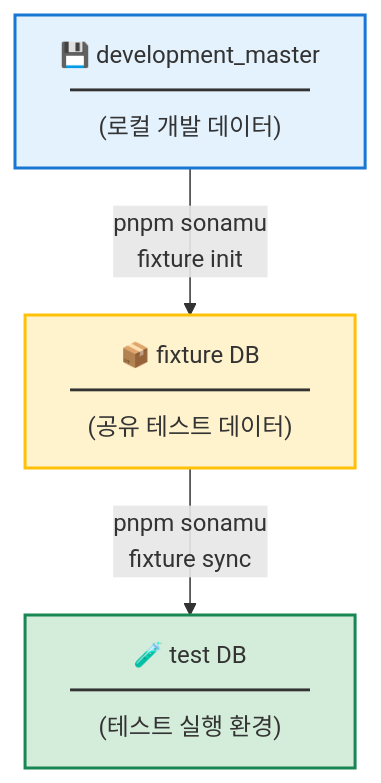
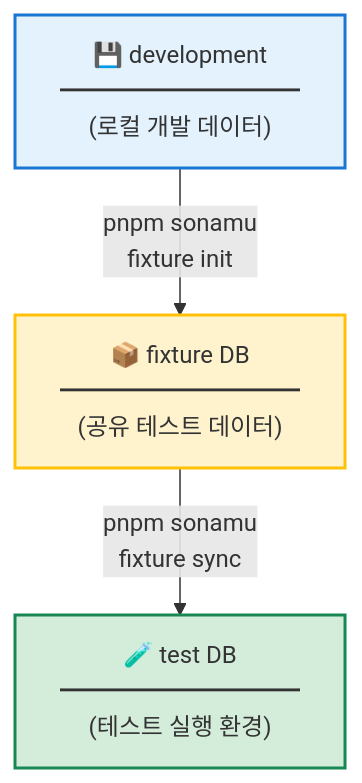
The diagram in modules/docs/ko/testing/fixtures/test-database.mdx (cartanova-ai/sonamu), drawn with Mermaid before and after one commit. The commit also changed other lines of this file and 17 other files, not shown here.

````diff
--- a/modules/docs/ko/testing/fixtures/test-database.mdx
+++ b/modules/docs/ko/testing/fixtures/test-database.mdx
@@ -29,13 +29,13 @@
 ```mermaid
 flowchart TD
-    D["💾 development_master<br/>━━━━━━━━━━<br/>(로컬 개발 데이터)"]
+    D["💾 development<br/>━━━━━━━━━━<br/>(로컬 개발 데이터)"]
     F["📦 fixture DB<br/>━━━━━━━━━━<br/>(공유 테스트 데이터)"]
     T["🧪 test DB<br/>━━━━━━━━━━<br/>(테스트 실행 환경)"]
 
     D -->|pnpm sonamu<br/>fixture init| F
     F -->|pnpm sonamu<br/>fixture sync| T
 
     style D fill:#e3f2fd,stroke:#1976d2,stroke-width:2px
     style F fill:#fff3cd,stroke:#ffc107,stroke-width:2px
     style T fill:#d4edda,stroke:#198754,stroke-width:2px
 ```
````
